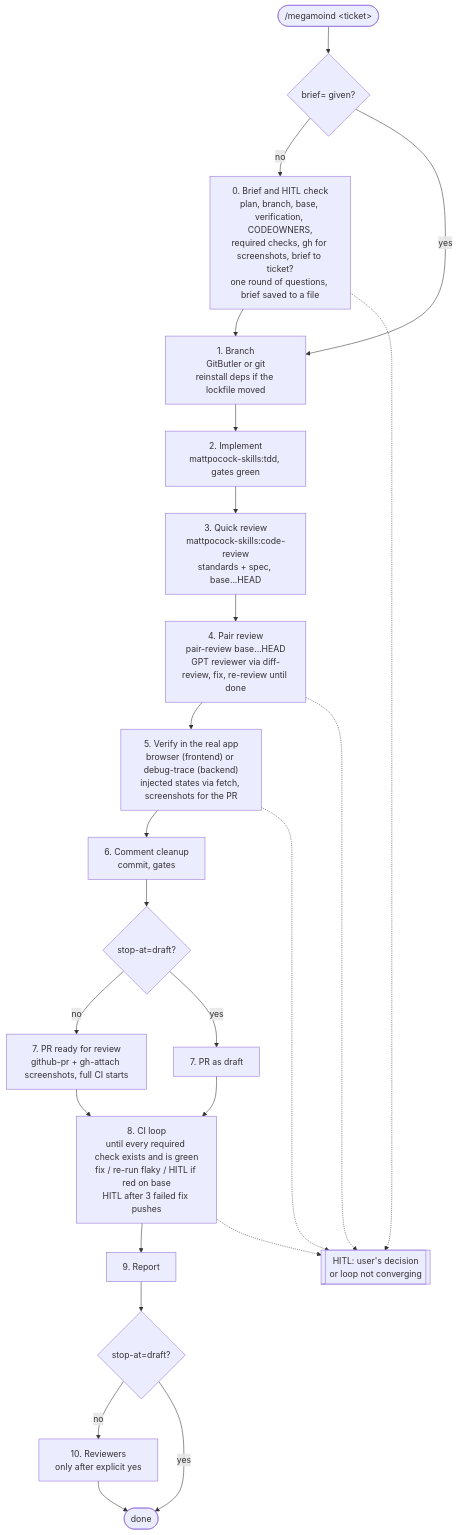
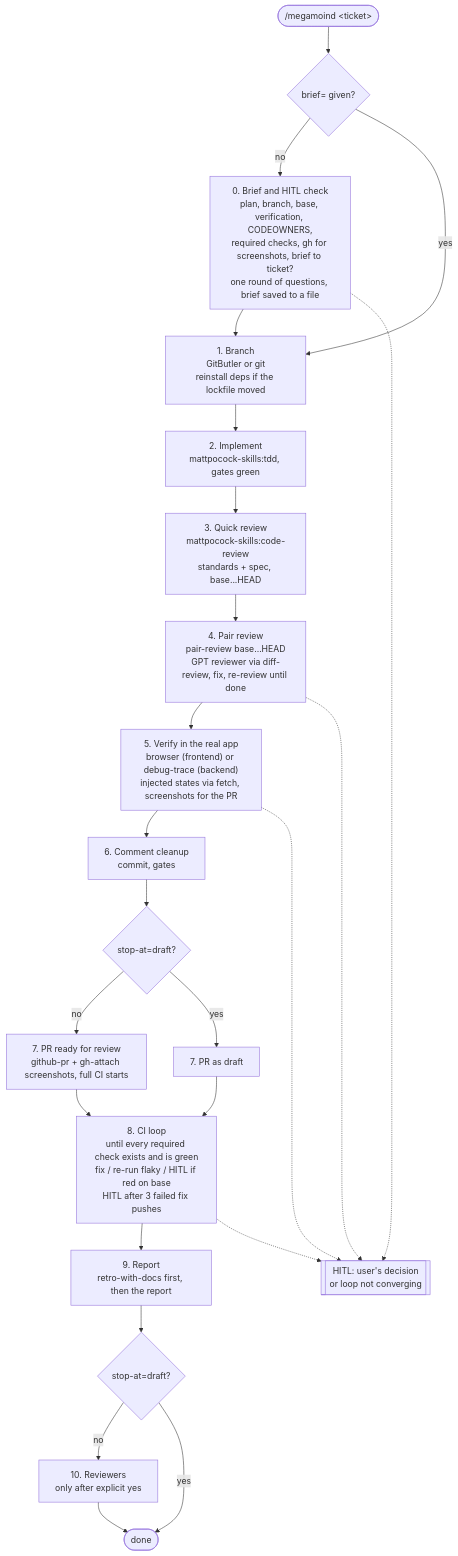
One commit to moisesrj97/skills changed the first of 2 diagrams in docs/megamoind.md. Above: the diagram before and after it, drawn with Mermaid. The commit also changed other lines of this file and 2 other files, not shown here.

Commit message:
feat(megamoind): run retro-with-docs before the final report

````diff
--- a/docs/megamoind.md
+++ b/docs/megamoind.md
@@ -7,28 +7,28 @@
 ```mermaid
 flowchart TD
     start(["/megamoind &lt;ticket&gt;"]) --> brief{"brief= given?"}
     brief -- no --> s0["0. Brief and HITL check<br/>plan, branch, base, verification, CODEOWNERS,<br/>required checks, gh for screenshots, brief to ticket?<br/>one round of questions, brief saved to a file"]
     brief -- yes --> s1
     s0 --> s1["1. Branch<br/>GitButler or git<br/>reinstall deps if the lockfile moved"]
     s1 --> s2["2. Implement<br/>mattpocock-skills:tdd, gates green"]
     s2 --> s3["3. Quick review<br/>mattpocock-skills:code-review<br/>standards + spec, base...HEAD"]
     s3 --> s4["4. Pair review<br/>pair-review base...HEAD<br/>GPT reviewer via diff-review, fix, re-review until done"]
     s4 --> s5["5. Verify in the real app<br/>browser (frontend) or debug-trace (backend)<br/>injected states via fetch, screenshots for the PR"]
     s5 --> s6["6. Comment cleanup<br/>commit, gates"]
     s6 --> draft{"stop-at=draft?"}
     draft -- no --> s7r["7. PR ready for review<br/>github-pr + gh-attach screenshots, full CI starts"]
     draft -- yes --> s7d["7. PR as draft"]
     s7r --> s8["8. CI loop<br/>until every required check exists and is green<br/>fix / re-run flaky / HITL if red on base<br/>HITL after 3 failed fix pushes"]
     s7d --> s8
-    s8 --> s9["9. Report"]
+    s8 --> s9["9. Report<br/>retro-with-docs first, then the report"]
     s9 --> stopdraft{"stop-at=draft?"}
     stopdraft -- no --> s10["10. Reviewers<br/>only after explicit yes"]
     stopdraft -- yes --> done([done])
     s10 --> done
 
     hitl[["HITL: user's decision<br/>or loop not converging"]]
     s0 -.-> hitl
     s4 -.-> hitl
     s5 -.-> hitl
     s8 -.-> hitl
 ```
````
